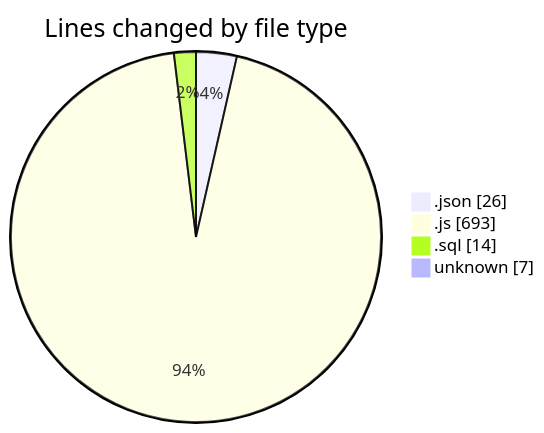
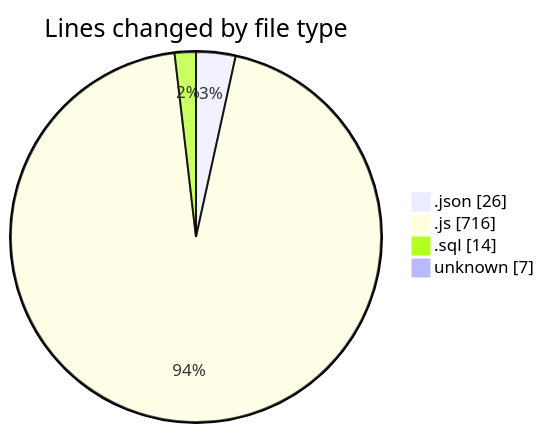
The first of 2 diagrams in 2025-09-10/cashcalc/README.md (nxtqubesakshisongat/code-tracking), drawn with Mermaid before and after one commit. The commit also changed other lines of this file and 1 other file, not shown here.

````diff
--- a/2025-09-10/cashcalc/README.md
+++ b/2025-09-10/cashcalc/README.md
@@ -33,8 +33,8 @@
 ```mermaid
 pie showData
 title Lines changed by file type
 ".json" : 26
-".js" : 693
+".js" : 716
 ".sql" : 14
 "unknown" : 7
 ```
````
